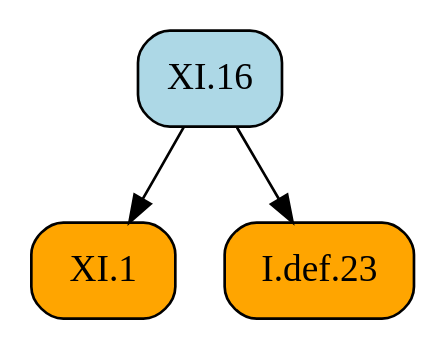
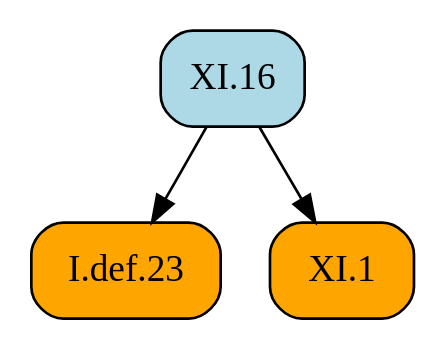
The diagram in docsrc/heath/XI/16/index.rst (geometor/elements), drawn with Graphviz before and after one commit. The commit also changed other lines of this file and 484 other files, not shown here.

```diff
--- a/docsrc/heath/XI/16/index.rst
+++ b/docsrc/heath/XI/16/index.rst
@@ -44,11 +44,11 @@
 .. graphviz::
 
    digraph {
      rankdir="TB";
      node [shape=box, style=rounded];
+     "I.def.23" [style="rounded,filled", fillcolor=orange, URL="/heath/I/def.23/", target="_top"];
      "XI.1" [style="rounded,filled", fillcolor=orange, URL="/heath/XI/1/", target="_top"];
      "XI.16" [style="rounded,filled", fillcolor=lightblue, URL="/heath/XI/16/", target="_top"];
-     "I.def.23" [style="rounded,filled", fillcolor=orange, URL="/heath/I/def.23/", target="_top"];
+     "XI.16" -> "I.def.23";
      "XI.16" -> "XI.1";
-     "XI.16" -> "I.def.23";
    }
```
